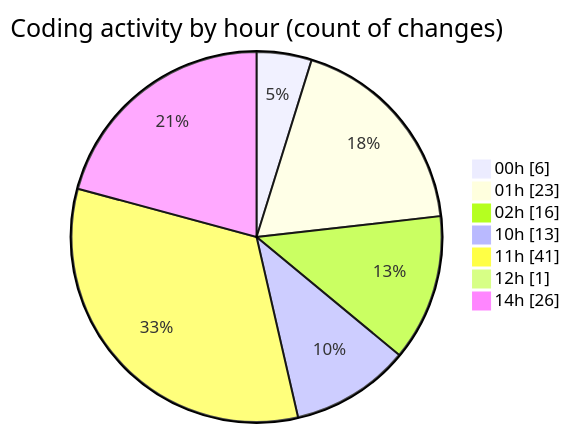
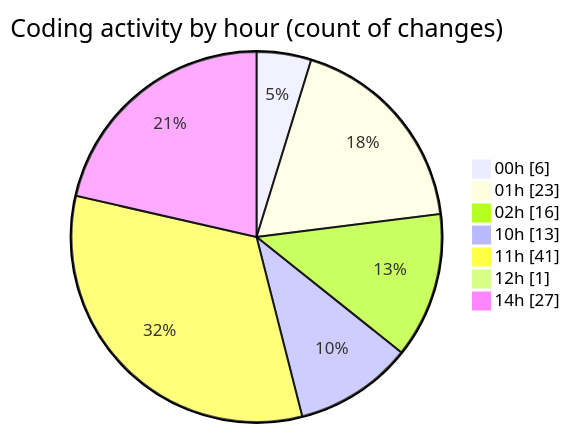
The second of 2 diagrams in 2025-11-08/eventscop-frontend-guide__workspace_/README.md (julien-gomy/code-tracking), drawn with Mermaid before and after one commit. The commit also changed other lines of this file and 1 other file, not shown here.

````diff
--- a/2025-11-08/eventscop-frontend-guide__workspace_/README.md
+++ b/2025-11-08/eventscop-frontend-guide__workspace_/README.md
@@ -63,11 +63,11 @@
 ```mermaid
 pie showData
 title Coding activity by hour (count of changes)
 "00h" : 6
 "01h" : 23
 "02h" : 16
 "10h" : 13
 "11h" : 41
 "12h" : 1
-"14h" : 26
+"14h" : 27
 ```
````
